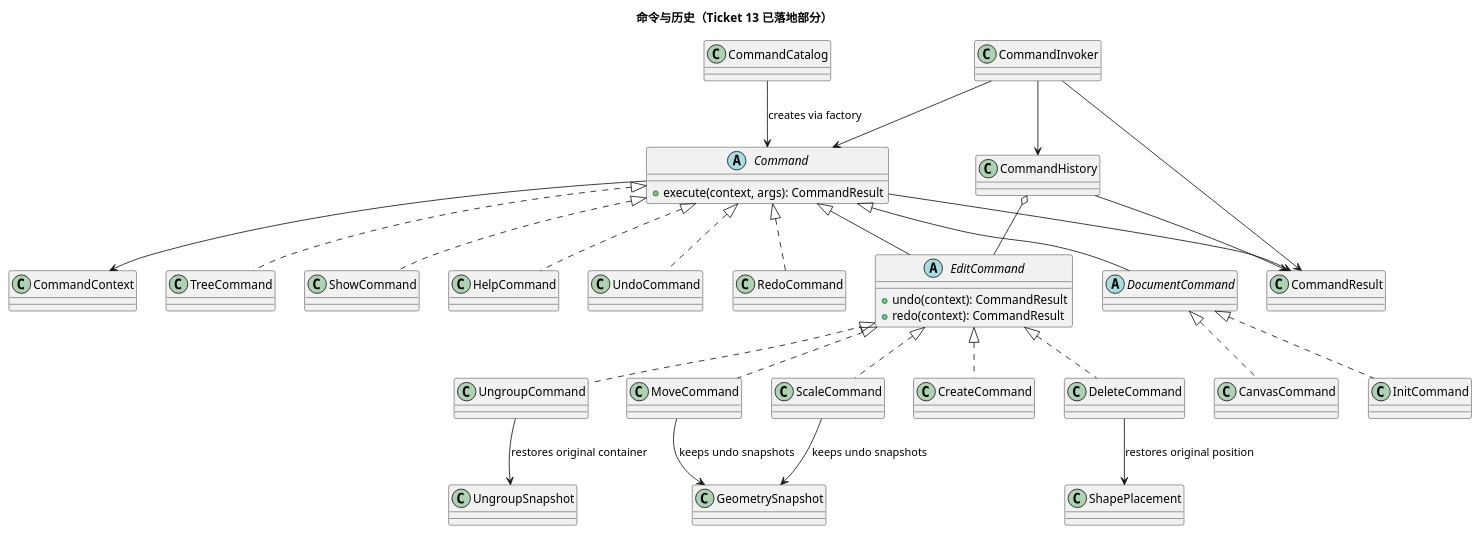
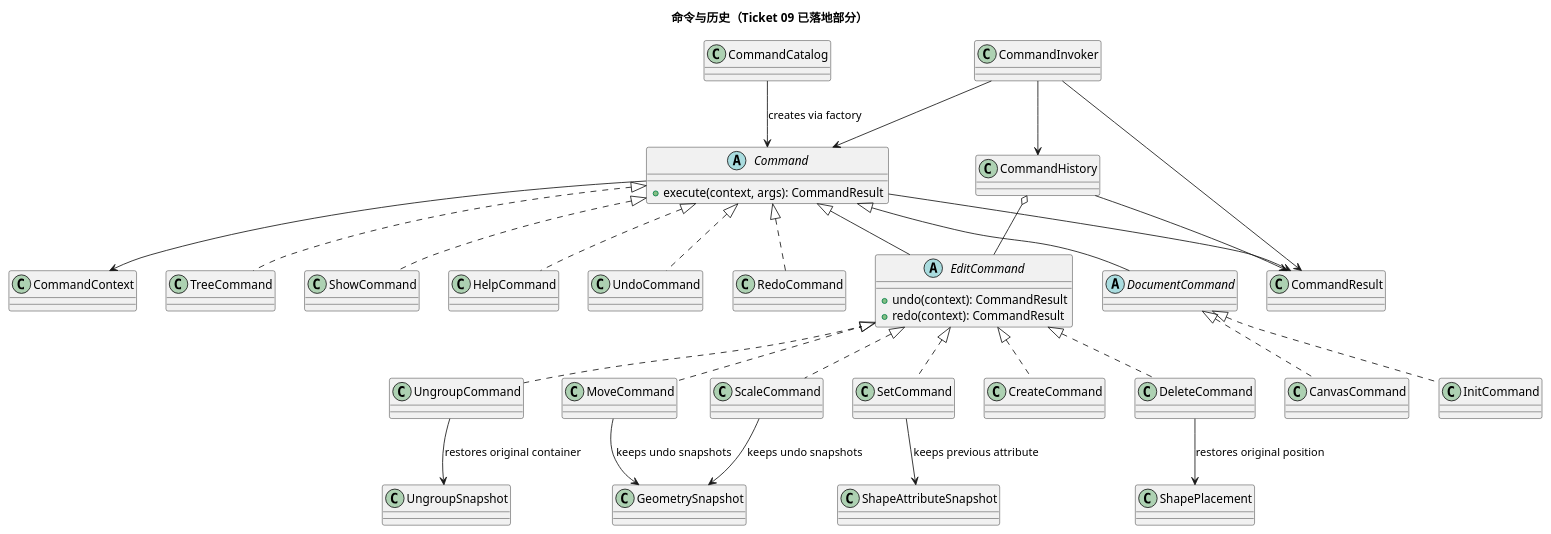
Before and after one commit to NQC233/svg-editor-lab1: the second of 2 diagrams in doc/class-model.puml, drawn with PlantUML. The commit also changed other lines of this file and 6 other files, not shown here.

Commit message:
docs: record ticket 09 set behavior

```diff
--- a/doc/class-model.puml
+++ b/doc/class-model.puml
@@ -92,63 +103,66 @@
 @startuml
-title 命令与历史（Ticket 13 已落地部分）
+title 命令与历史（Ticket 09 已落地部分）
 
 abstract class Command {
   +execute(context, args): CommandResult
 }
 
 abstract class DocumentCommand
 
 abstract class EditCommand {
   +undo(context): CommandResult
   +redo(context): CommandResult
 }
 
 class CommandResult
 class CommandCatalog
 class CommandInvoker
 class CommandHistory
 class CommandContext
 class ShapePlacement
 class UngroupSnapshot
 
 class CreateCommand
 class DeleteCommand
 class UngroupCommand
 class MoveCommand
 class ScaleCommand
+class SetCommand
 class CanvasCommand
 class InitCommand
 class TreeCommand
 class ShowCommand
 class HelpCommand
 class UndoCommand
 class RedoCommand
 
 Command <|-- EditCommand
 Command <|-- DocumentCommand
 EditCommand <|.. CreateCommand
 EditCommand <|.. DeleteCommand
 EditCommand <|.. UngroupCommand
 EditCommand <|.. MoveCommand
 EditCommand <|.. ScaleCommand
+EditCommand <|.. SetCommand
 DocumentCommand <|.. CanvasCommand
 DocumentCommand <|.. InitCommand
 Command <|.. TreeCommand
 Command <|.. ShowCommand
 Command <|.. HelpCommand
 Command <|.. UndoCommand
 Command <|.. RedoCommand
 
 CommandInvoker --> CommandHistory
 CommandInvoker --> Command
 CommandInvoker --> CommandResult
 CommandCatalog --> Command : creates via factory
 CommandHistory o-- EditCommand
 CommandHistory --> CommandResult
 Command --> CommandContext
 Command --> CommandResult
 DeleteCommand --> ShapePlacement : restores original position
 UngroupCommand --> UngroupSnapshot : restores original container
 MoveCommand --> GeometrySnapshot : keeps undo snapshots
 ScaleCommand --> GeometrySnapshot : keeps undo snapshots
+SetCommand --> ShapeAttributeSnapshot : keeps previous attribute
 @enduml
```
